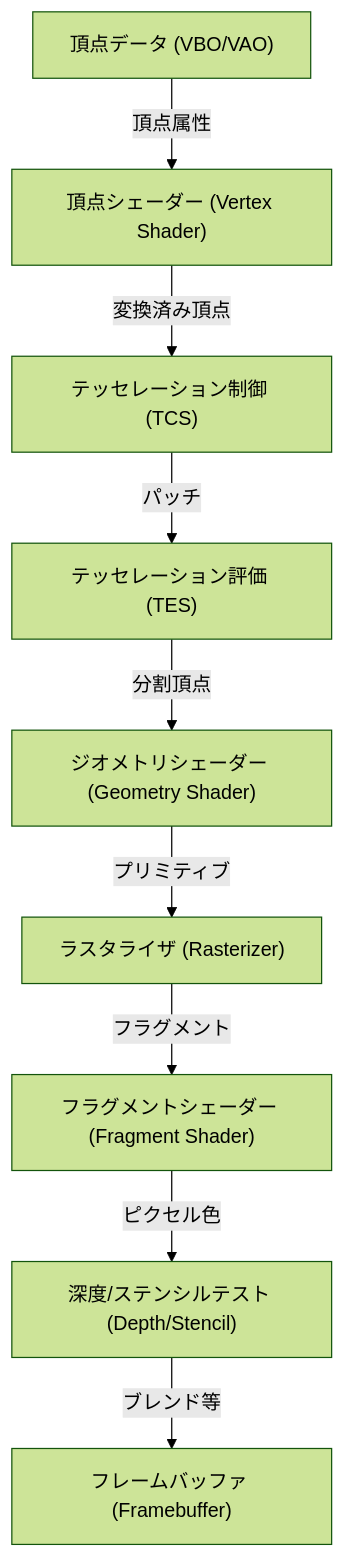
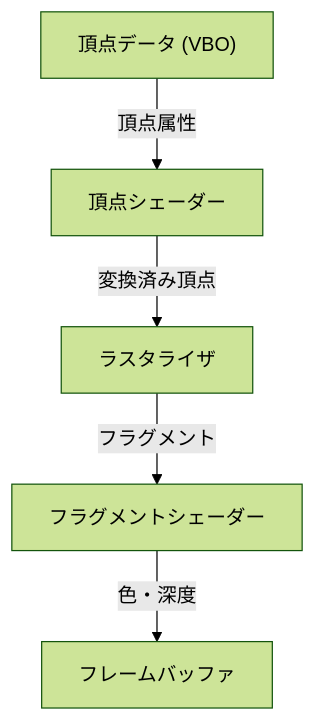
The second of 2 diagrams in content/post/opengl-basics-and-history/index.md (kenjinote/blog), drawn with Mermaid (forest theme) before and after one commit. The commit also changed other lines of this file and 129 other files, not shown here.

````diff
--- a/content/post/opengl-basics-and-history/index.md
+++ b/content/post/opengl-basics-and-history/index.md
@@ -69,21 +48,7 @@
 ```mermaid
 graph TD
-    VBO["頂点データ (VBO/VAO)"]
-    VS["頂点シェーダー (Vertex Shader)"]
-    TC["テッセレーション制御 (TCS)"]
-    TE["テッセレーション評価 (TES)"]
-    GS["ジオメトリシェーダー (Geometry Shader)"]
-    RS["ラスタライザ (Rasterizer)"]
-    FS["フラグメントシェーダー (Fragment Shader)"]
-    TEST["深度/ステンシルテスト (Depth/Stencil)"]
-    FB["フレームバッファ (Framebuffer)"]
-
-    VBO -- "頂点属性" --> VS
-    VS -- "変換済み頂点" --> TC
-    TC -- "パッチ" --> TE
-    TE -- "分割頂点" --> GS
-    GS -- "プリミティブ" --> RS
-    RS -- "フラグメント" --> FS
-    FS -- "ピクセル色" --> TEST
-    TEST -- "ブレンド等" --> FB
+    VBO["頂点データ (VBO)"] -- "頂点属性" --> VS["頂点シェーダー"]
+    VS -- "変換済み頂点" --> RS["ラスタライザ"]
+    RS -- "フラグメント" --> FS["フラグメントシェーダー"]
+    FS -- "色・深度" --> FB["フレームバッファ"]
 ```
````
